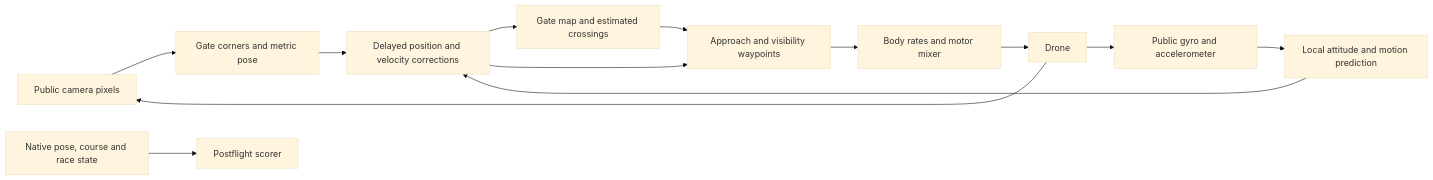
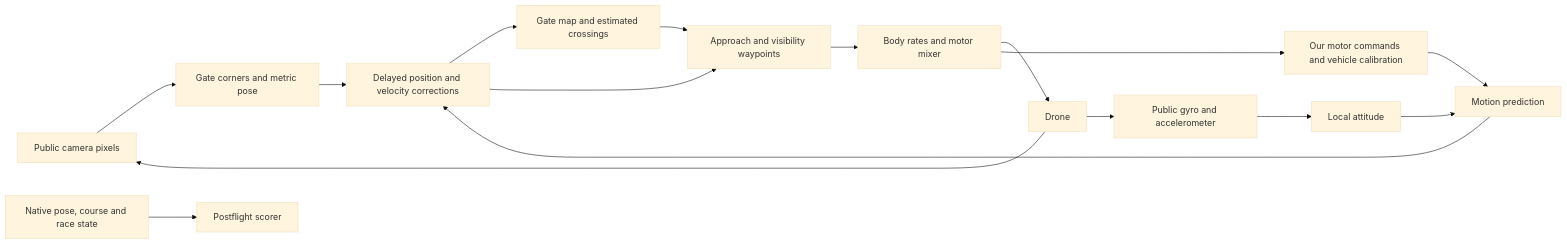
One commit to miniflight/miniflight changed the diagram in target/aigp/experiments/camera_imu/README.md. Above: the diagram before and after it, drawn with Mermaid (base theme). The commit also changed other lines of this file and 1 other file, not shown here.

````diff
--- a/target/aigp/experiments/camera_imu/README.md
+++ b/target/aigp/experiments/camera_imu/README.md
@@ -9,15 +9,18 @@
 ```mermaid
 flowchart LR
   C[Public camera pixels] --> G[Gate corners and metric pose]
-  I[Public gyro and accelerometer] --> A[Local attitude and motion prediction]
+  I[Public gyro and accelerometer] --> A[Local attitude]
+  A --> K[Motion prediction]
+  U[Our motor commands and vehicle calibration] --> K
   G --> E[Delayed position and velocity corrections]
-  A --> E
+  K --> E
   E --> M[Gate map and estimated crossings]
   M --> P[Approach and visibility waypoints]
   E --> P
   P --> R[Body rates and motor mixer]
   R --> D[Drone]
+  R --> U
   D --> C
   D --> I
   N[Native pose, course and race state] --> S[Postflight scorer]
 ```
````
